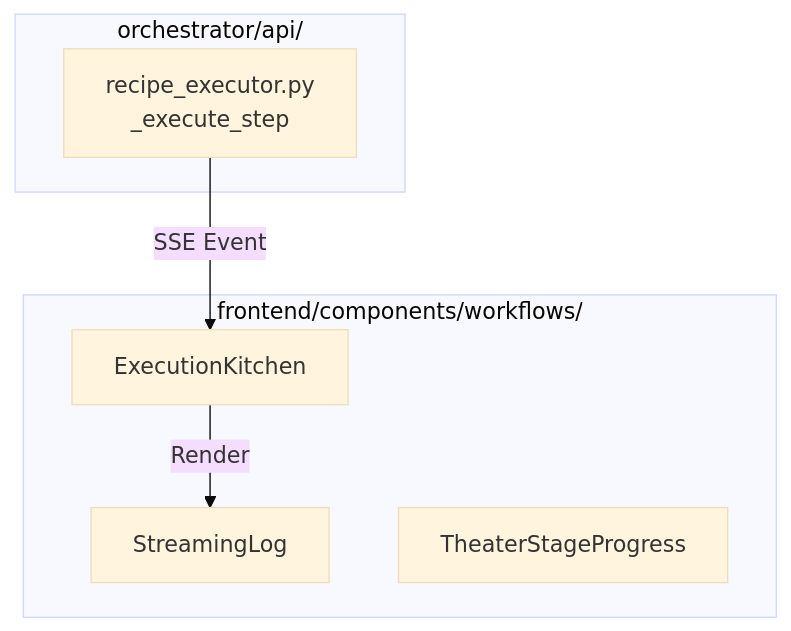
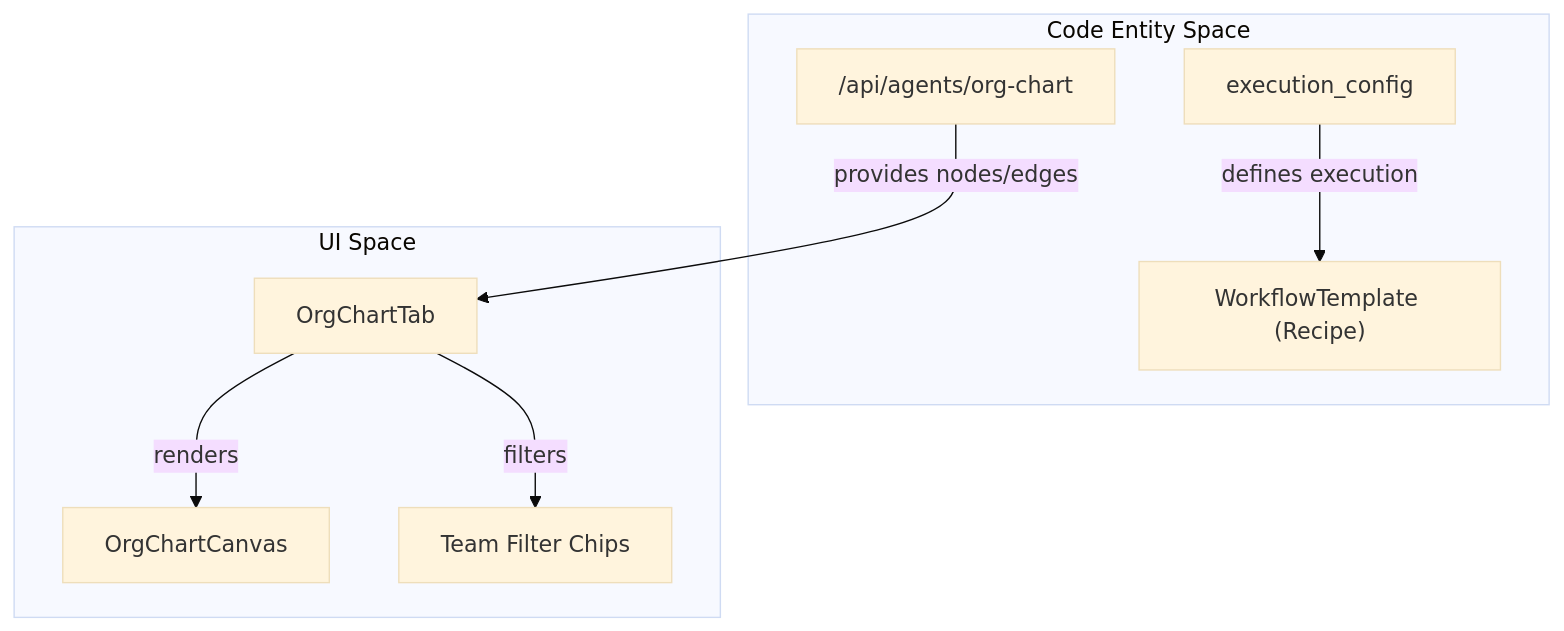
Before and after one commit to AutomatosAI/automatos-ai: the fifth of 5 diagrams in docs/workflows-recipes/execution-configuration.md, drawn with Mermaid (base theme). The commit also changed other lines of this file and 153 other files, not shown here.

````diff
--- a/docs/workflows-recipes/execution-configuration.md
+++ b/docs/workflows-recipes/execution-configuration.md
@@ -188,15 +163,19 @@
 ```mermaid
 graph TB
-    subgraph "frontend/components/workflows/"
-        Kitchen["ExecutionKitchen"]
-        Log["StreamingLog"]
-        Progress["TheaterStageProgress"]
+    subgraph "Code Entity Space"
+        API["/api/agents/org-chart"]
+        Model["WorkflowTemplate (Recipe)"]
+        Config["execution_config"]
     end
 
-    subgraph "orchestrator/api/"
-        Executor["recipe_executor.py<br/>_execute_step"]
+    subgraph "UI Space"
+        Tab["OrgChartTab"]
+        Canvas["OrgChartCanvas"]
+        TeamFilter["Team Filter Chips"]
     end
 
-    Executor -->|"SSE Event"| Kitchen
-    Kitchen -->|"Render"| Log
+    API -->|"provides nodes/edges"| Tab
+    Config -->|"defines execution"| Model
+    Tab -->|"renders"| Canvas
+    Tab -->|"filters"| TeamFilter
 ```
````
